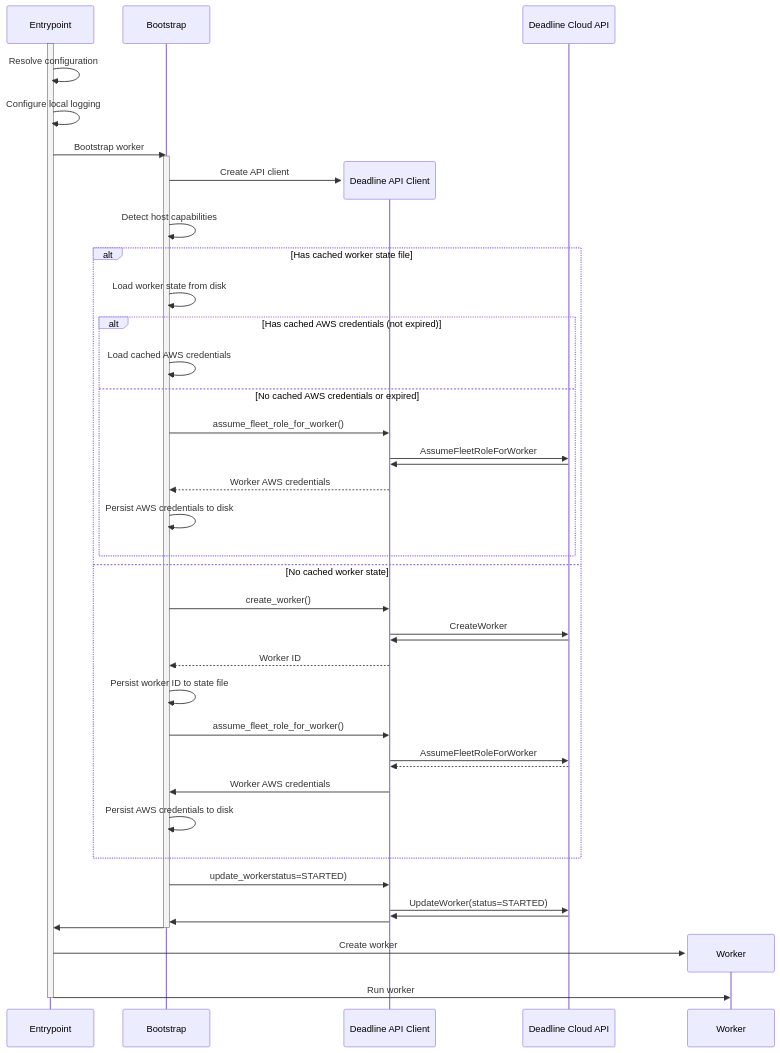
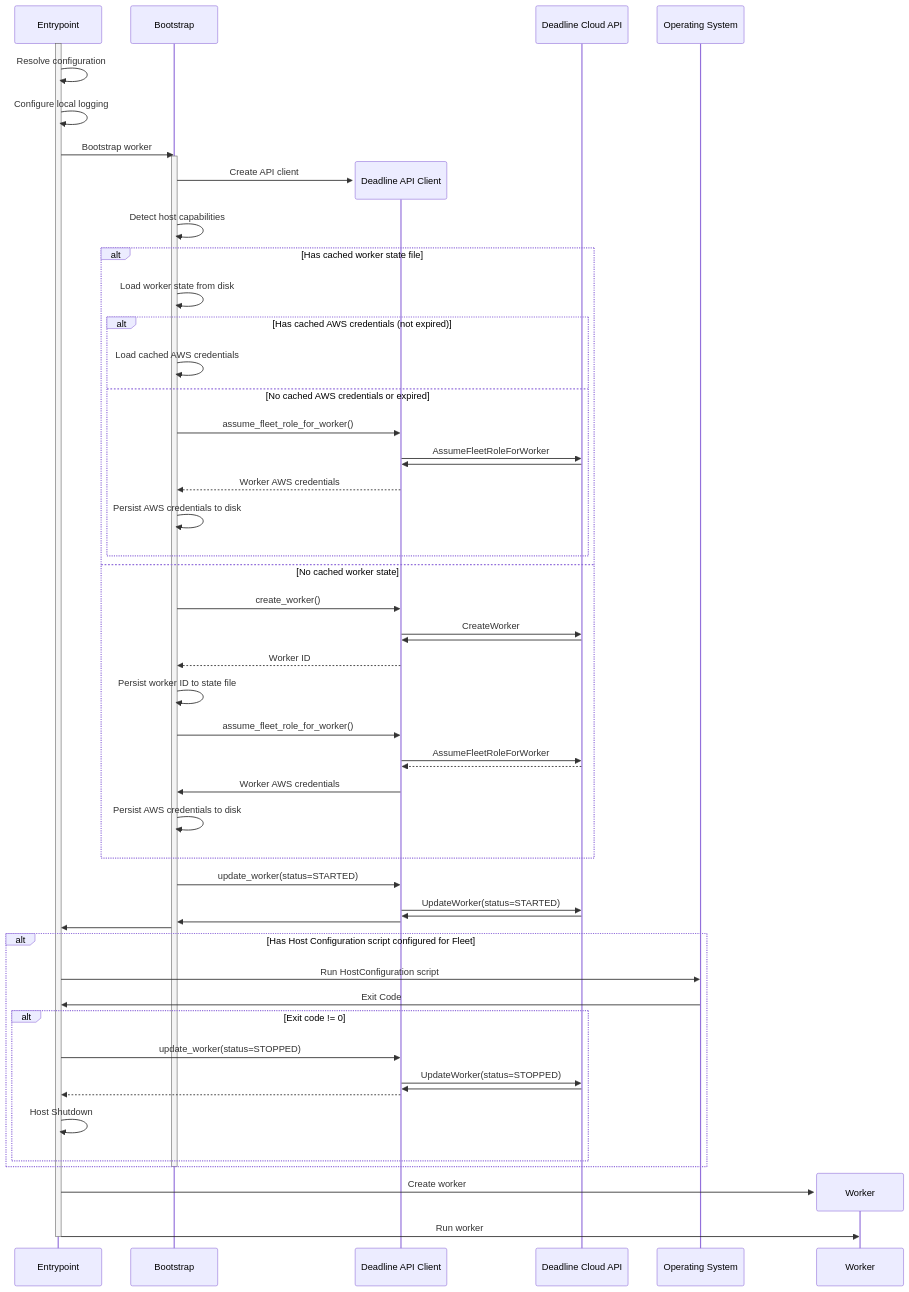
Before and after one commit to aws-deadline/deadline-cloud-worker-agent: the third of 13 diagrams in docs/dev/worker_lifecycle.md, drawn with Mermaid. The commit also changed other lines of this file, not shown here.

Commit message:
docs: Add Host Configuration sequences to worker lifecycle sections.

````diff
--- a/docs/dev/worker_lifecycle.md
+++ b/docs/dev/worker_lifecycle.md
@@ -87,56 +89,69 @@
 ```mermaid
 sequenceDiagram
     participant Entrypoint
     participant Bootstrap
-
+    
     activate Entrypoint
     Entrypoint->>Entrypoint: Resolve configuration
     Entrypoint->>Entrypoint: Configure local logging
     Entrypoint->>Bootstrap: Bootstrap worker
     activate Bootstrap
 
     create participant DeadlineClient as Deadline API Client
     Bootstrap->>DeadlineClient: Create API client
 
     participant AWS as Deadline Cloud API
 
     Bootstrap->>Bootstrap: Detect host capabilities
     
     alt Has cached worker state file
         Bootstrap->>Bootstrap: Load worker state from disk
         
         alt Has cached AWS credentials (not expired)
             Bootstrap->>Bootstrap: Load cached AWS credentials
         else No cached AWS credentials or expired
             Bootstrap->>DeadlineClient: assume_fleet_role_for_worker()
             DeadlineClient->>AWS: AssumeFleetRoleForWorker
             AWS->>DeadlineClient: 
             DeadlineClient-->>Bootstrap: Worker AWS credentials
             Bootstrap->>Bootstrap: Persist AWS credentials to disk
         end
     else No cached worker state
         Bootstrap->>DeadlineClient: create_worker()
         DeadlineClient->>AWS: CreateWorker
         AWS->>DeadlineClient: 
         DeadlineClient-->>Bootstrap: Worker ID
         Bootstrap->>Bootstrap: Persist worker ID to state file
         Bootstrap->>DeadlineClient: assume_fleet_role_for_worker()
         DeadlineClient->>AWS: AssumeFleetRoleForWorker
         AWS-->>DeadlineClient: 
         DeadlineClient->>Bootstrap: Worker AWS credentials
         Bootstrap->>Bootstrap: Persist AWS credentials to disk
     end
 
-    Bootstrap->>DeadlineClient: update_workerstatus=STARTED)
+    Bootstrap->>DeadlineClient: update_worker(status=STARTED)
     DeadlineClient->>AWS: UpdateWorker(status=STARTED)
     AWS->>DeadlineClient: 
     DeadlineClient->>Bootstrap: 
     Bootstrap->>Entrypoint: 
+    alt Has Host Configuration script configured for Fleet
+        participant WorkerOS as Operating System
+    
+        Entrypoint->>WorkerOS: Run HostConfiguration script
+        WorkerOS->>Entrypoint: Exit Code
+        alt Exit code != 0 
+            Entrypoint->>DeadlineClient: update_worker(status=STOPPED)
+            DeadlineClient->>AWS: UpdateWorker(status=STOPPED)
+            AWS->>DeadlineClient: 
+            DeadlineClient-->>Entrypoint: 
+            Entrypoint->>Entrypoint: Host Shutdown 
+        end
+    end
     
     deactivate Bootstrap
 
     create participant Worker
     Entrypoint->>Worker: Create worker
     Entrypoint->>Worker: Run worker
     deactivate Entrypoint
 ```
````
